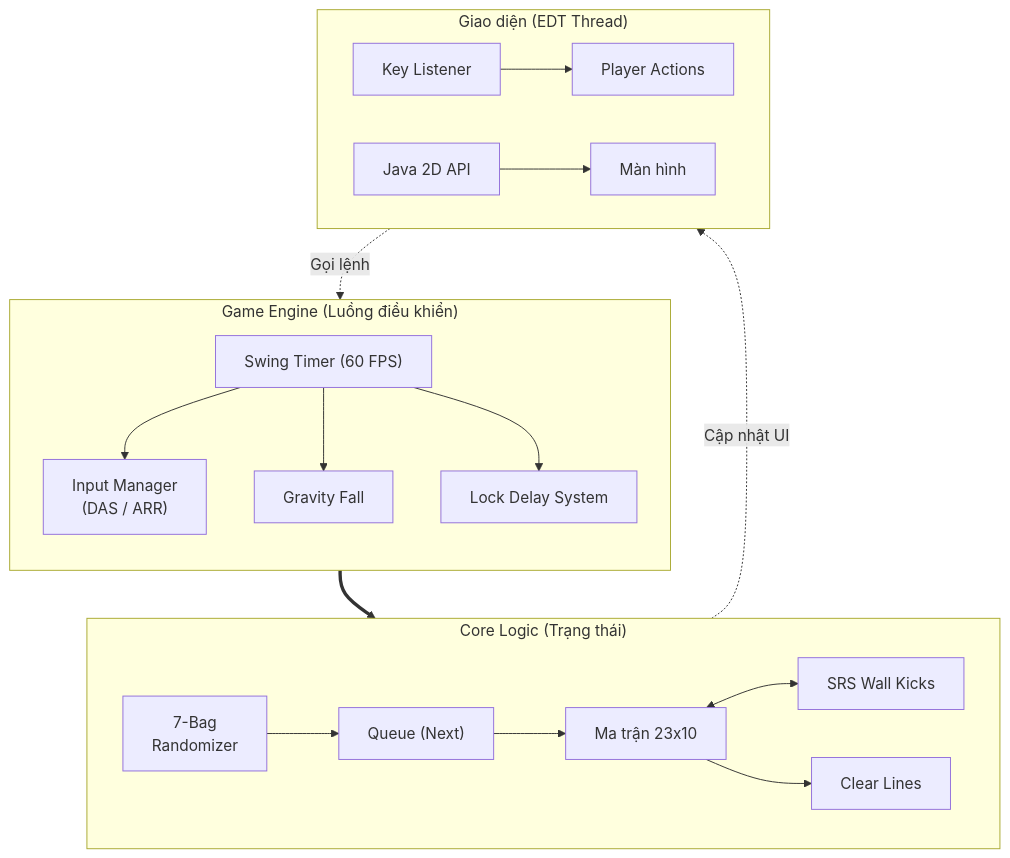
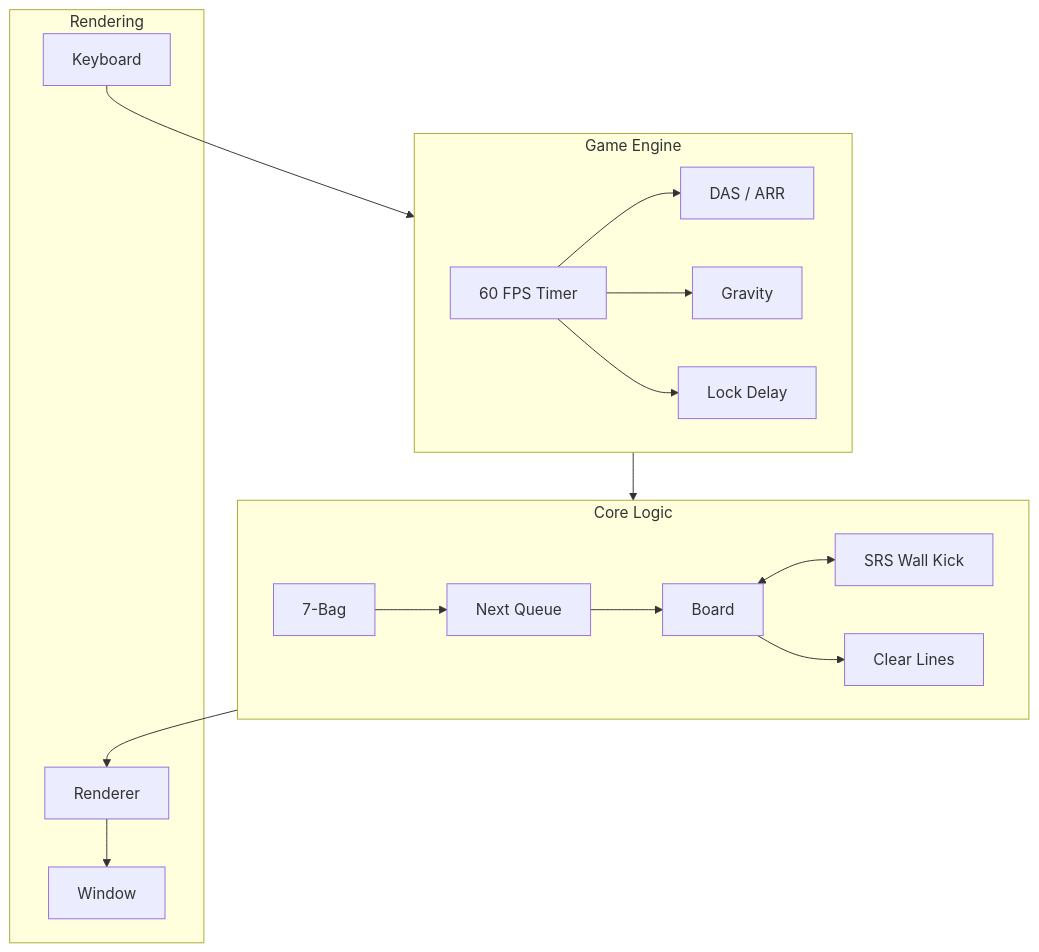
One commit to nguyenquangtrunghieu2k7-coder/Tetris_game changed the first of 2 diagrams in Tetris_game/README.md. Above: the diagram before and after it, drawn with Mermaid. The commit also changed other lines of this file, not shown here.

````diff
--- a/Tetris_game/README.md
+++ b/Tetris_game/README.md
@@ -27,27 +73,39 @@
 ```mermaid
 flowchart TB
-    subgraph ENGINE ["Game Engine (Luồng điều khiển)"]
-        direction TB
-        TIMER["Swing Timer (60 FPS)"] --> INPUT["Input Manager<br/>(DAS / ARR)"]
-        TIMER --> GRAVITY["Gravity Fall"]
-        TIMER --> LOCK["Lock Delay System"]
+
+    subgraph ENGINE ["Game Engine"]
+        TIMER["60 FPS Timer"]
+        INPUT["DAS / ARR"]
+        GRAVITY["Gravity"]
+        LOCK["Lock Delay"]
+
+        TIMER --> INPUT
+        TIMER --> GRAVITY
+        TIMER --> LOCK
     end
 
-    subgraph LOGIC ["Core Logic (Trạng thái)"]
-        direction LR
-        BAG["7-Bag<br/>Randomizer"] --> QUEUE["Queue (Next)"]
-        QUEUE --> BOARD["Ma trận 23x10"]
-        BOARD <--> KICKS["SRS Wall Kicks"]
-        BOARD --> CLEAR["Clear Lines"]
+    subgraph LOGIC ["Core Logic"]
+        BAG["7-Bag"]
+        QUEUE["Next Queue"]
+        BOARD["Board"]
+        SRS["SRS Wall Kick"]
+        CLEAR["Clear Lines"]
+
+        BAG --> QUEUE
+        QUEUE --> BOARD
+        BOARD <--> SRS
+        BOARD --> CLEAR
     end
 
-    subgraph UI ["Giao diện (EDT Thread)"]
-        direction LR
-        KEY["Key Listener"] --> ACTION["Player Actions"]
-        RENDER["Java 2D API"] --> SCREEN["Màn hình"]
+    subgraph UI ["Rendering"]
+        KEY["Keyboard"]
+        RENDER["Renderer"]
+        SCREEN["Window"]
+
+        RENDER --> SCREEN
     end
 
-    ACTION -. Gọi lệnh .-> ENGINE
-    ENGINE ==> LOGIC
-    LOGIC -. Cập nhật UI .-> RENDER
+    KEY --> ENGINE
+    ENGINE --> LOGIC
+    LOGIC --> RENDER
 ```
````
